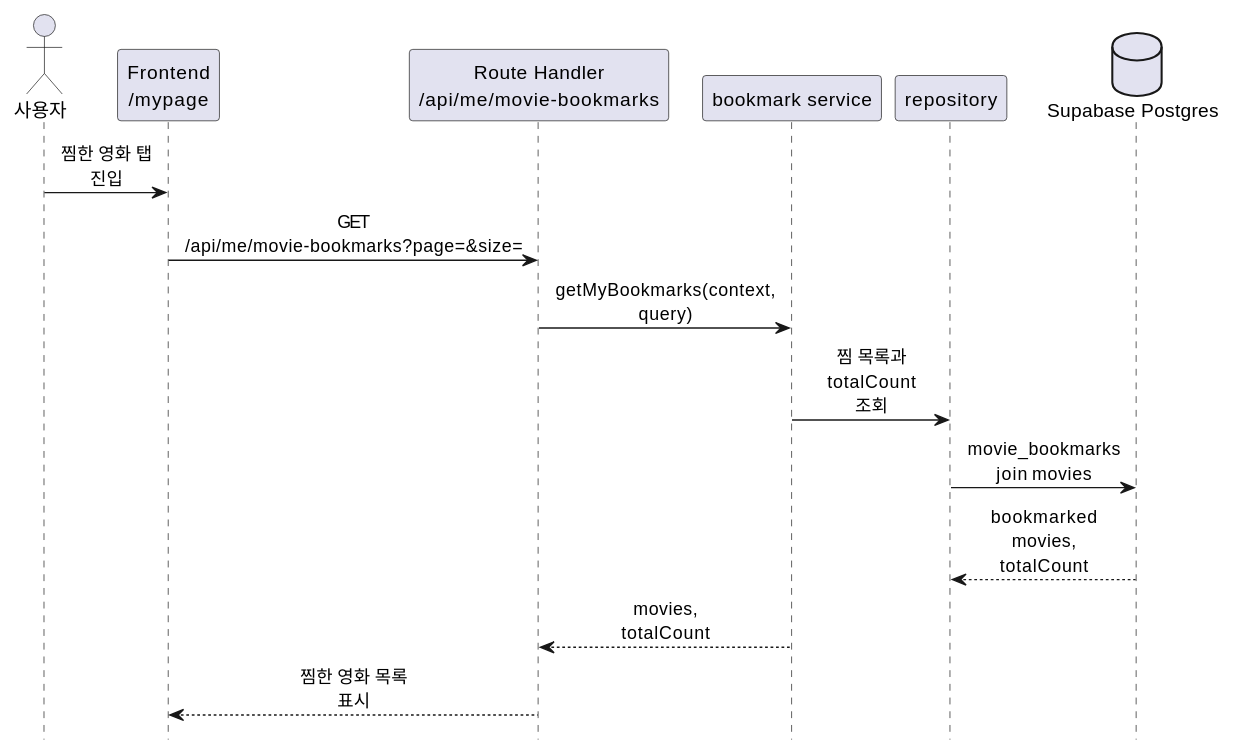
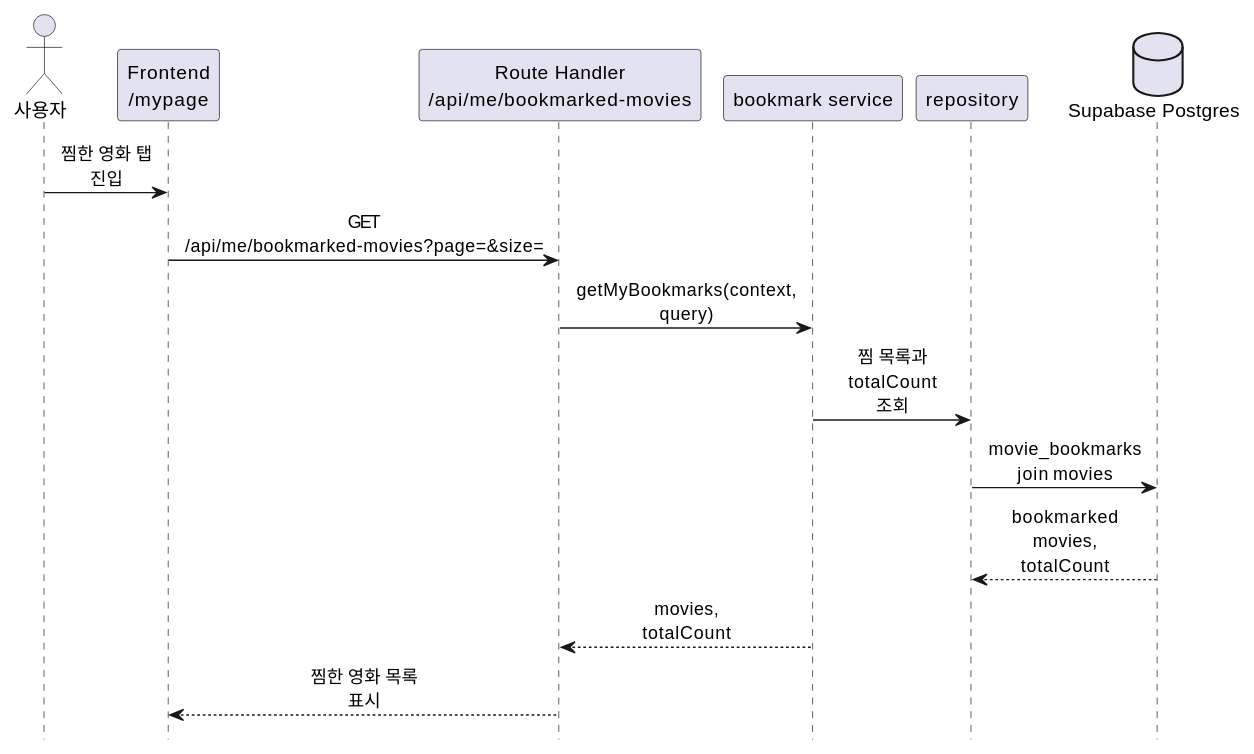
The second of 2 diagrams in docs/implementation-plan/3.movie-bookmarks-implementation-plan.md (skkuse/2026spring_41class_team2), drawn with PlantUML before and after one commit. The commit also changed other lines of this file and 5 other files, not shown here.

````diff
--- a/docs/implementation-plan/3.movie-bookmarks-implementation-plan.md
+++ b/docs/implementation-plan/3.movie-bookmarks-implementation-plan.md
@@ -83,23 +83,23 @@
 ```plantuml
 @startuml
 hide footbox
 skinparam sequenceMessageAlign center
 skinparam maxMessageSize 80
 
 actor "사용자" as User
 participant "Frontend\n/mypage" as FE
-participant "Route Handler\n/api/me/movie-bookmarks" as Route
+participant "Route Handler\n/api/me/bookmarked-movies" as Route
 participant "bookmark service" as Service
 participant "repository" as Repo
 database "Supabase Postgres" as DB
 
 User -> FE: 찜한 영화 탭 진입
-FE -> Route: GET /api/me/movie-bookmarks?page=&size=
+FE -> Route: GET /api/me/bookmarked-movies?page=&size=
 Route -> Service: getMyBookmarks(context, query)
 Service -> Repo: 찜 목록과 totalCount 조회
 Repo -> DB: movie_bookmarks join movies
 DB --> Repo: bookmarked movies, totalCount
 Service --> Route: movies, totalCount
 Route --> FE: 찜한 영화 목록 표시
 @enduml
 ```
````
